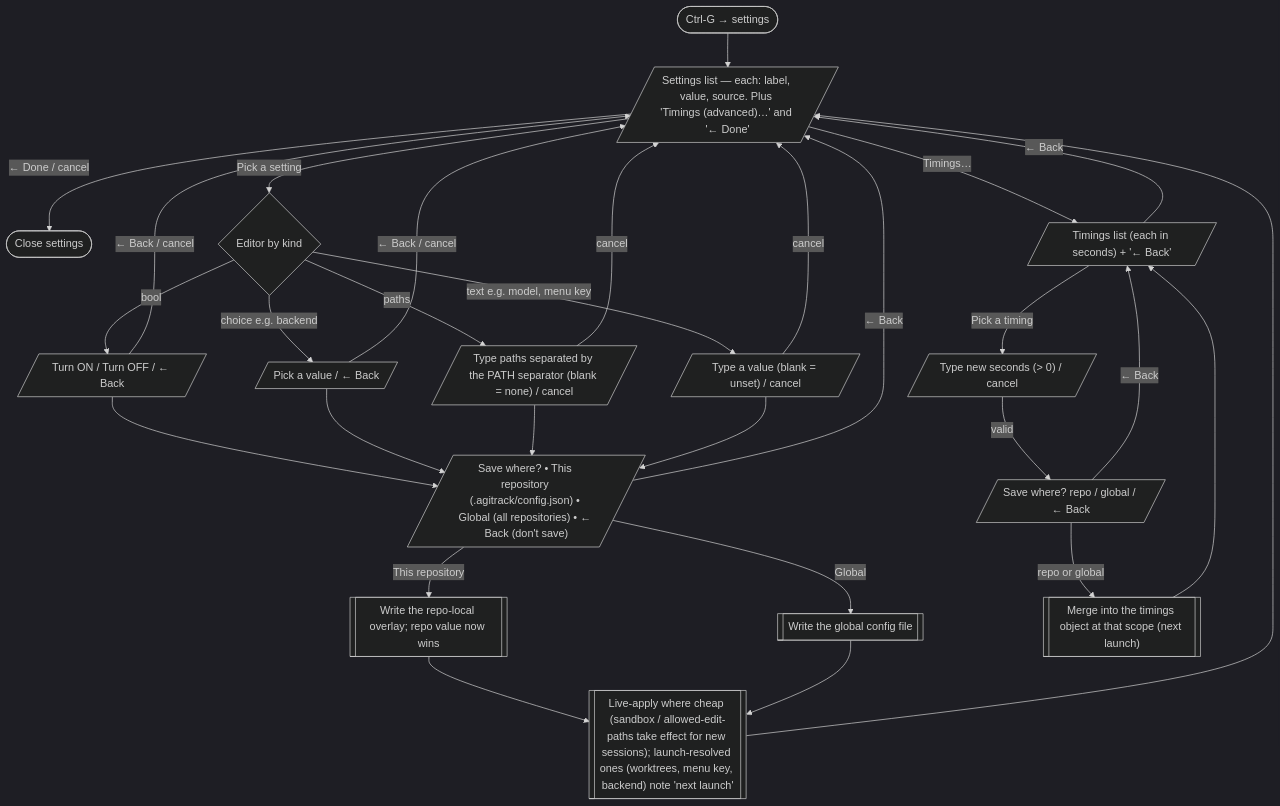
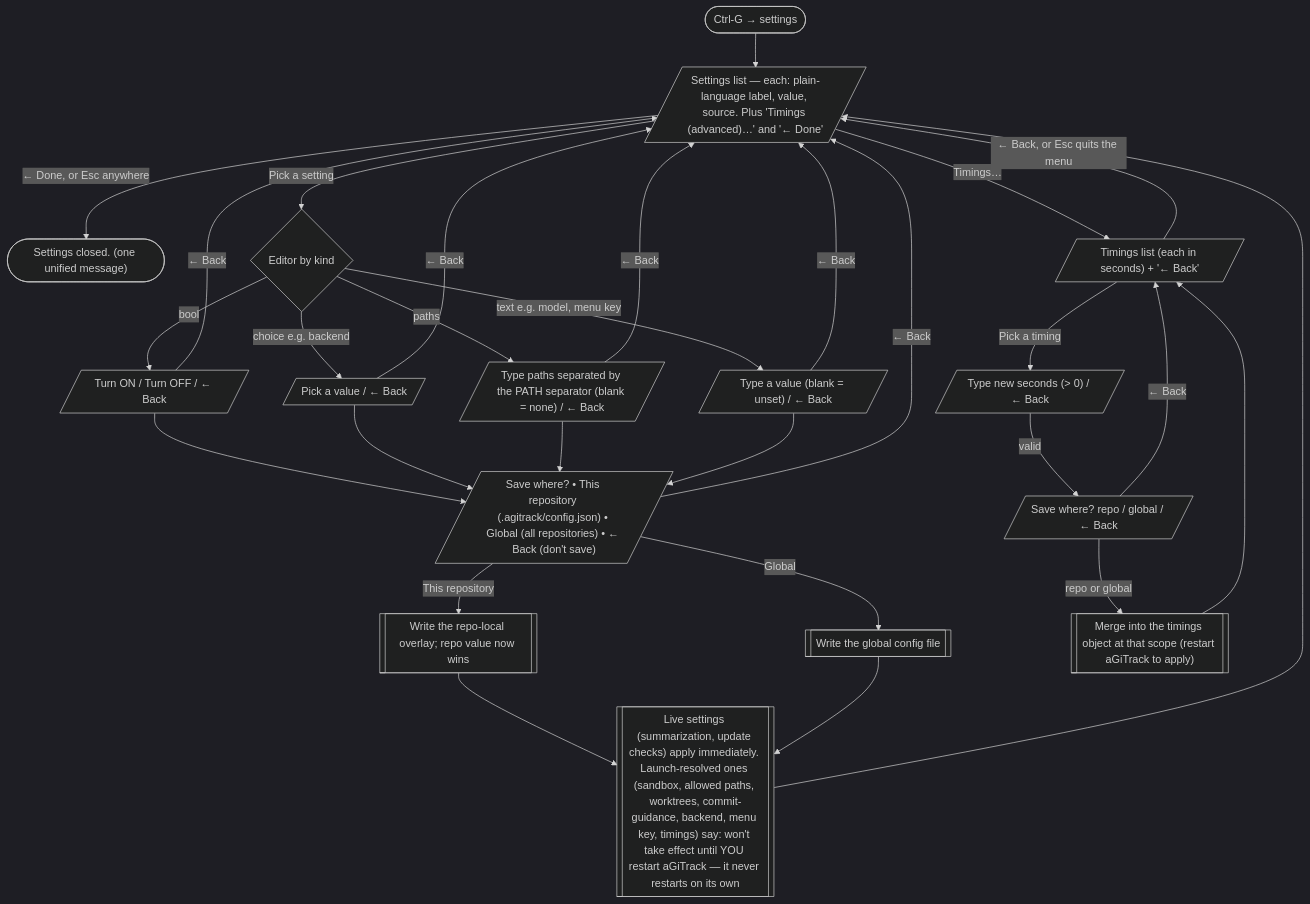
One commit to core-aix/agitrack changed diagram 15 of 15 in docs/user-flow.md. Above: the diagram before and after it, drawn with Mermaid (dark theme). The commit also changed other lines of this file and 5 other files, not shown here.

````diff
--- a/docs/user-flow.md
+++ b/docs/user-flow.md
@@ -493,36 +505,36 @@
 ```mermaid
 flowchart TD
-  s(["Ctrl-G → settings"]) --> list[/"Settings list — each: label, value, source. Plus 'Timings (advanced)…' and '← Done'"/]
-  list -->|← Done / cancel| close(["Close settings"])
+  s(["Ctrl-G → settings"]) --> list[/"Settings list — each: plain-language label, value, source. Plus 'Timings (advanced)…' and '← Done'"/]
+  list -->|← Done, or Esc anywhere| close(["Settings closed. (one unified message)"])
   list -->|Timings…| tlist[/"Timings list (each in seconds) + '← Back'"/]
   list -->|Pick a setting| edit{"Editor by kind"}
 
   edit -->|bool| eb[/"Turn ON / Turn OFF / ← Back"/]
   edit -->|choice e.g. backend| ec[/"Pick a value / ← Back"/]
-  edit -->|paths| ep[/"Type paths separated by the PATH separator (blank = none) / cancel"/]
-  edit -->|text e.g. model, menu key| et[/"Type a value (blank = unset) / cancel"/]
+  edit -->|paths| ep[/"Type paths separated by the PATH separator (blank = none) / ← Back"/]
+  edit -->|text e.g. model, menu key| et[/"Type a value (blank = unset) / ← Back"/]
 
-  eb -->|← Back / cancel| list
-  ec -->|← Back / cancel| list
-  ep -->|cancel| list
-  et -->|cancel| list
+  eb -->|← Back| list
+  ec -->|← Back| list
+  ep -->|← Back| list
+  et -->|← Back| list
   eb --> scope
   ec --> scope
   ep --> scope
   et --> scope
 
   scope[/"Save where? • This repository (.agitrack/config.json) • Global (all repositories) • ← Back (don't save)"/]
   scope -->|← Back| list
   scope -->|This repository| wrepo[["Write the repo-local overlay; repo value now wins"]]
   scope -->|Global| wglobal[["Write the global config file"]]
-  wrepo --> applied[["Live-apply where cheap (sandbox / allowed-edit-paths take effect for new sessions); launch-resolved ones (worktrees, menu key, backend) note 'next launch'"]]
+  wrepo --> applied[["Live settings (summarization, update checks) apply immediately. Launch-resolved ones (sandbox, allowed paths, worktrees, commit-guidance, backend, menu key, timings) say: won't take effect until YOU restart aGiTrack — it never restarts on its own"]]
   wglobal --> applied
   applied --> list
 
-  tlist -->|← Back| list
-  tlist -->|Pick a timing| tval[/"Type new seconds (> 0) / cancel"/]
+  tlist -->|← Back, or Esc quits the menu| list
+  tlist -->|Pick a timing| tval[/"Type new seconds (> 0) / ← Back"/]
   tval -->|valid| tscope[/"Save where? repo / global / ← Back"/]
-  tscope -->|repo or global| twrite[["Merge into the timings object at that scope (next launch)"]]
+  tscope -->|repo or global| twrite[["Merge into the timings object at that scope (restart aGiTrack to apply)"]]
   twrite --> tlist
   tscope -->|← Back| tlist
 ```
````
